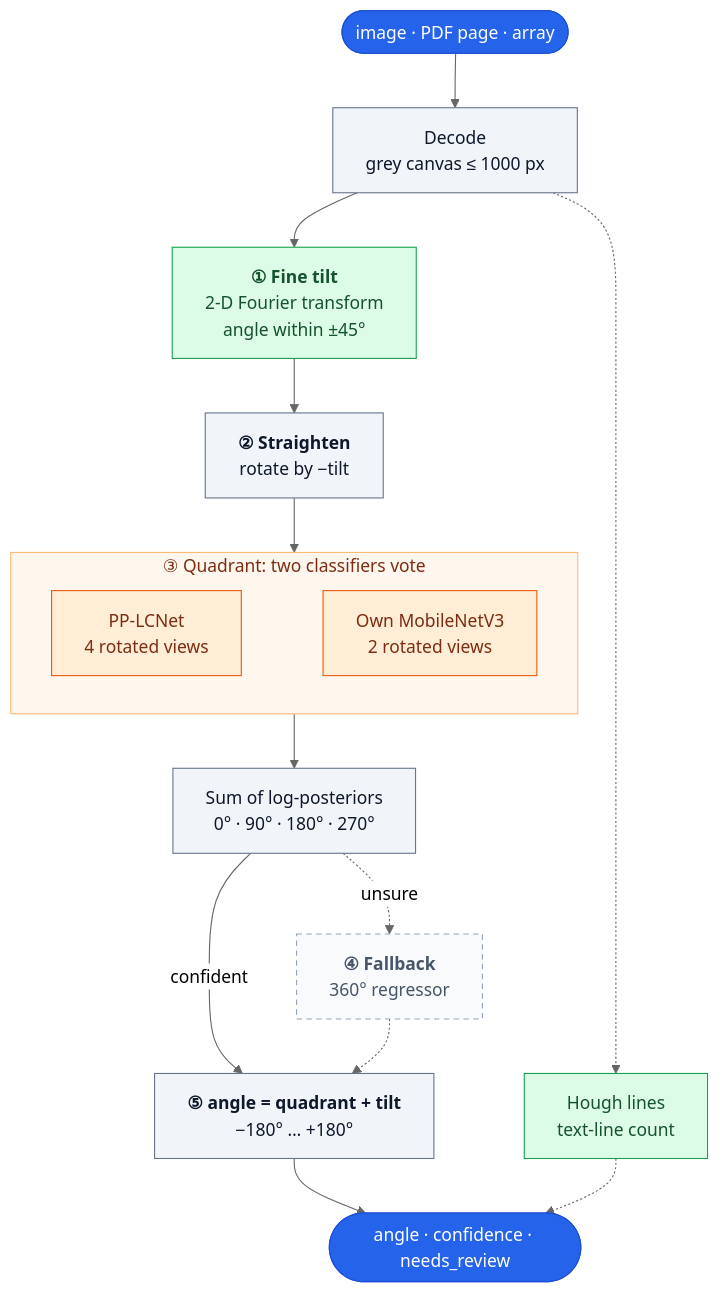
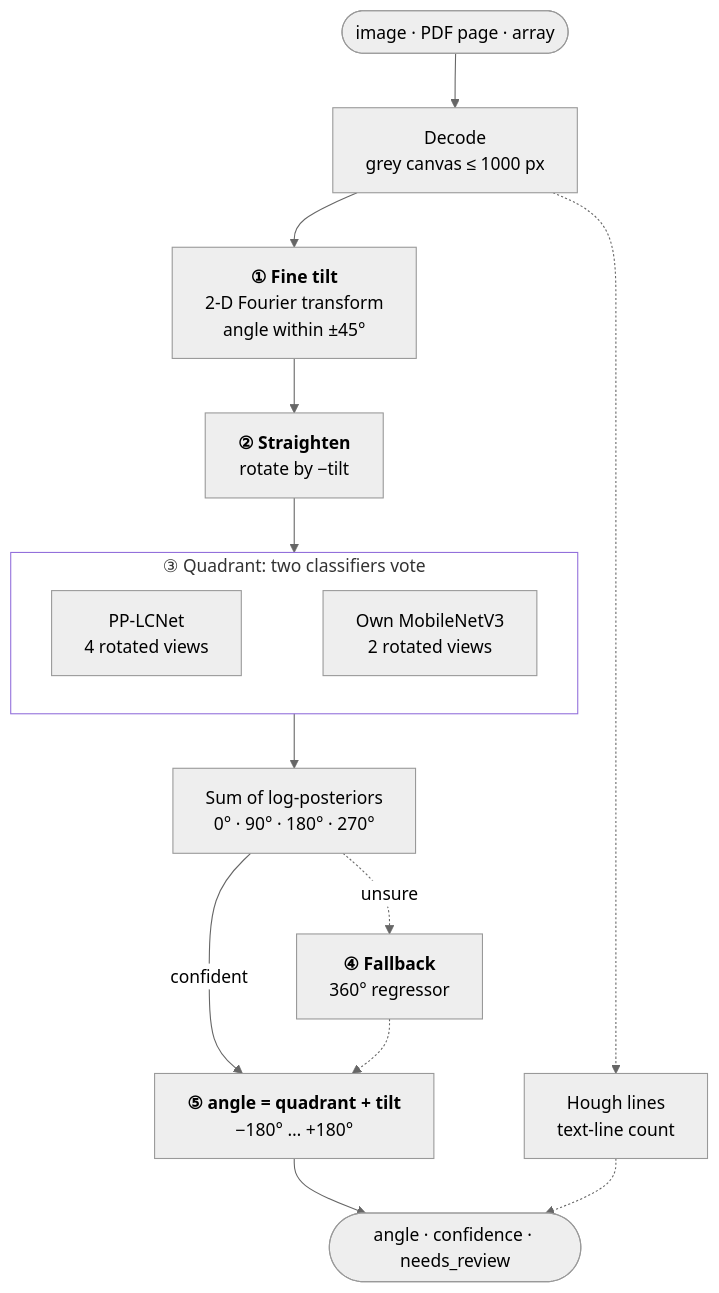
Before and after one commit to KazimMammadli/docangle: the diagram in README.md, drawn with Mermaid (neutral theme). The commit also changed other lines of this file, not shown here.

Commit message:
README: pipeline diagram in the default single colour

````diff
--- a/README.md
+++ b/README.md
@@ -104,32 +104,22 @@
 ```mermaid
 flowchart TD
     IN(["image · PDF page · array"]) --> DEC["Decode<br/>grey canvas ≤ 1000 px"]
     DEC --> TILT["<b>① Fine tilt</b><br/>2-D Fourier transform<br/>angle within ±45°"]
     DEC -.-> LINES["Hough lines<br/>text-line count"]
     TILT --> STR["<b>② Straighten</b><br/>rotate by −tilt"]
     subgraph Q["③ Quadrant: two classifiers vote"]
         direction LR
         LC["PP-LCNet<br/>4 rotated views"]
         OWN["Own MobileNetV3<br/>2 rotated views"]
         LC ~~~ OWN
     end
     STR --> Q
     Q --> SUM["Sum of log-posteriors<br/>0° · 90° · 180° · 270°"]
     SUM -- confident --> ANG["<b>⑤ angle = quadrant + tilt</b><br/>−180° … +180°"]
     SUM -. unsure .-> REG["<b>④ Fallback</b><br/>360° regressor"]
     REG -.-> ANG
     ANG --> OUT(["angle · confidence · needs_review"])
     LINES -.-> OUT
 
-    classDef io fill:#2563eb,stroke:#1d4ed8,color:#ffffff
-    classDef step fill:#f1f5f9,stroke:#64748b,color:#0f172a
-    classDef dsp fill:#dcfce7,stroke:#16a34a,color:#14532d
-    classDef nn fill:#ffedd5,stroke:#ea580c,color:#7c2d12
-    classDef rare fill:#f8fafc,stroke:#94a3b8,color:#475569,stroke-dasharray:5 4
-    class IN,OUT io
-    class DEC,STR,SUM,ANG step
-    class TILT,LINES dsp
-    class LC,OWN nn
-    class REG rare
-    style Q fill:#fff7ed,stroke:#fdba74,color:#7c2d12
+    style Q fill:transparent,stroke:#9370DB
 ```
````
